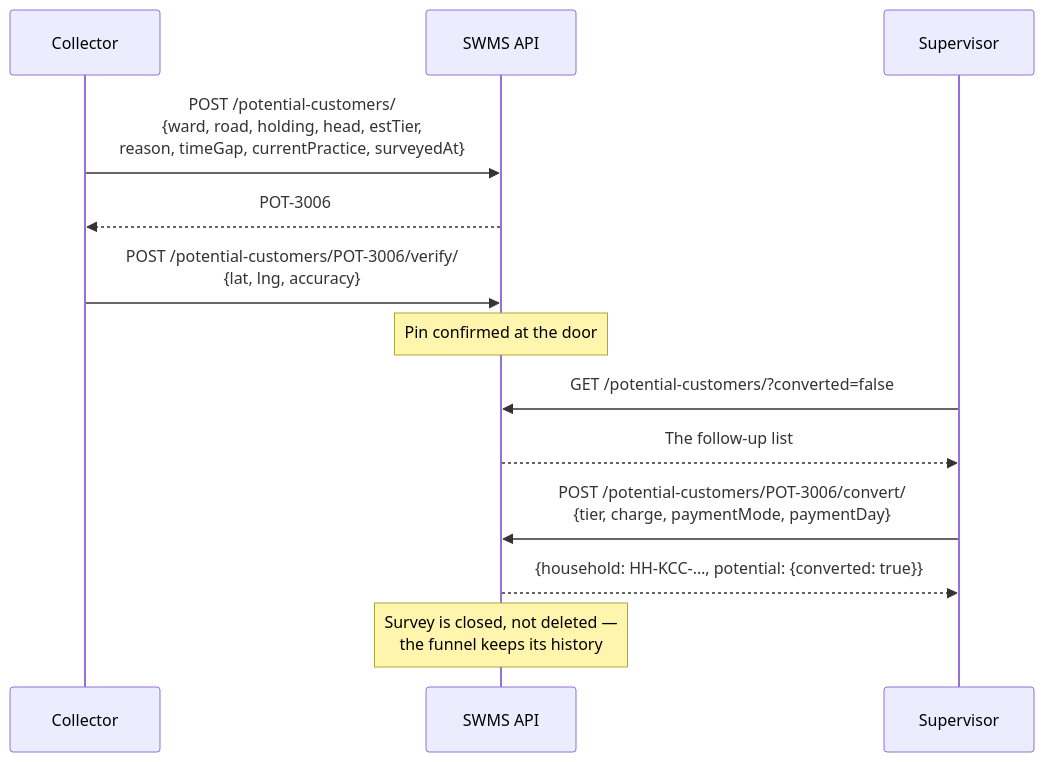
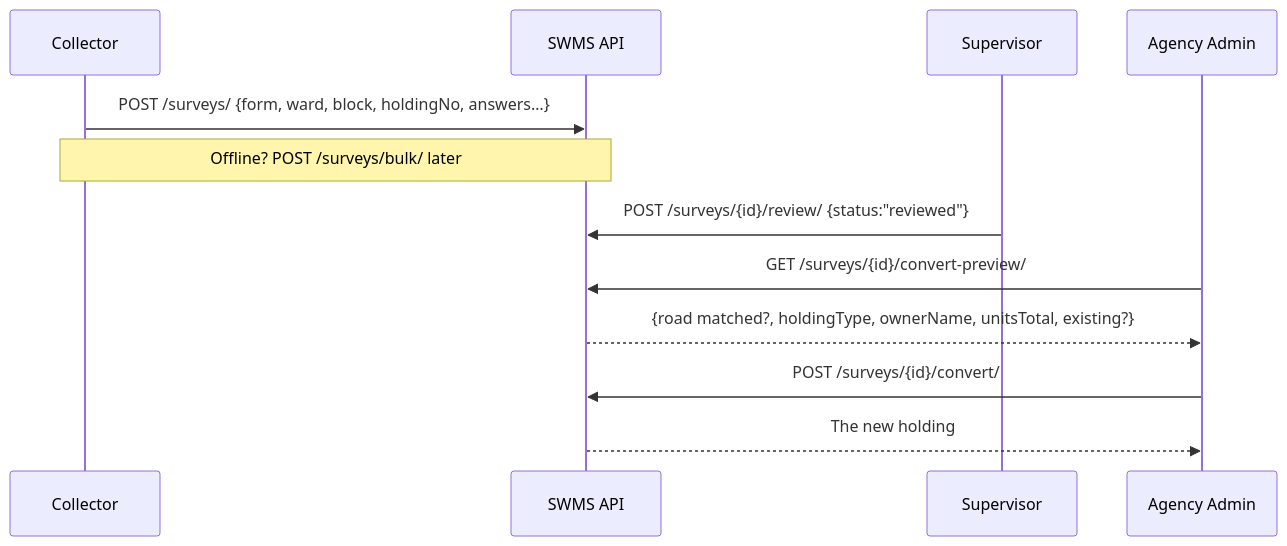
Before and after one commit to DataMartBD/Solid-Waste-Management: the fifth of 18 diagrams in docs/WORKFLOWS.md, drawn with Mermaid. The commit also changed other lines of this file and 189 other files, not shown here.

First line of the commit message:
Holding-wise, multi-city SWMS: setup, collection day, city dashboard

````diff
--- a/docs/WORKFLOWS.md
+++ b/docs/WORKFLOWS.md
@@ -112,17 +207,15 @@
 ```mermaid
 sequenceDiagram
     participant C as Collector
     participant API as SWMS API
     participant S as Supervisor
+    participant A as Agency Admin
 
-    C->>API: POST /potential-customers/<br/>{ward, road, holding, head, estTier,<br/>reason, timeGap, currentPractice, surveyedAt}
-    API-->>C: POT-3006
-    C->>API: POST /potential-customers/POT-3006/verify/<br/>{lat, lng, accuracy}
-    Note over API: Pin confirmed at the door
-
-    S->>API: GET /potential-customers/?converted=false
-    API-->>S: The follow-up list
-    S->>API: POST /potential-customers/POT-3006/convert/<br/>{tier, charge, paymentMode, paymentDay}
-    API-->>S: {household: HH-KCC-…, potential: {converted: true}}
-    Note over API: Survey is closed, not deleted —<br/>the funnel keeps its history
+    C->>API: POST /surveys/ {form, ward, block, holdingNo, answers…}
+    Note over C,API: Offline? POST /surveys/bulk/ later
+    S->>API: POST /surveys/{id}/review/ {status:"reviewed"}
+    A->>API: GET /surveys/{id}/convert-preview/
+    API-->>A: {road matched?, holdingType, ownerName, unitsTotal, existing?}
+    A->>API: POST /surveys/{id}/convert/
+    API-->>A: The new holding
 ```
````
